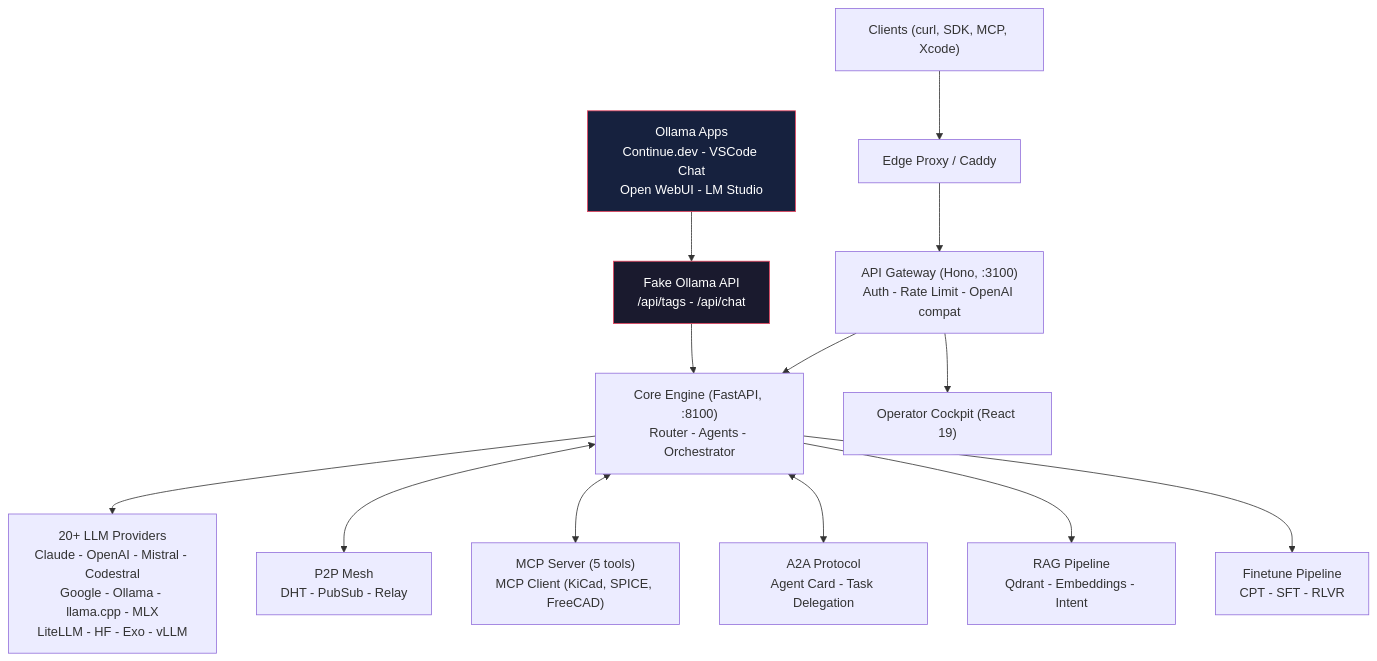
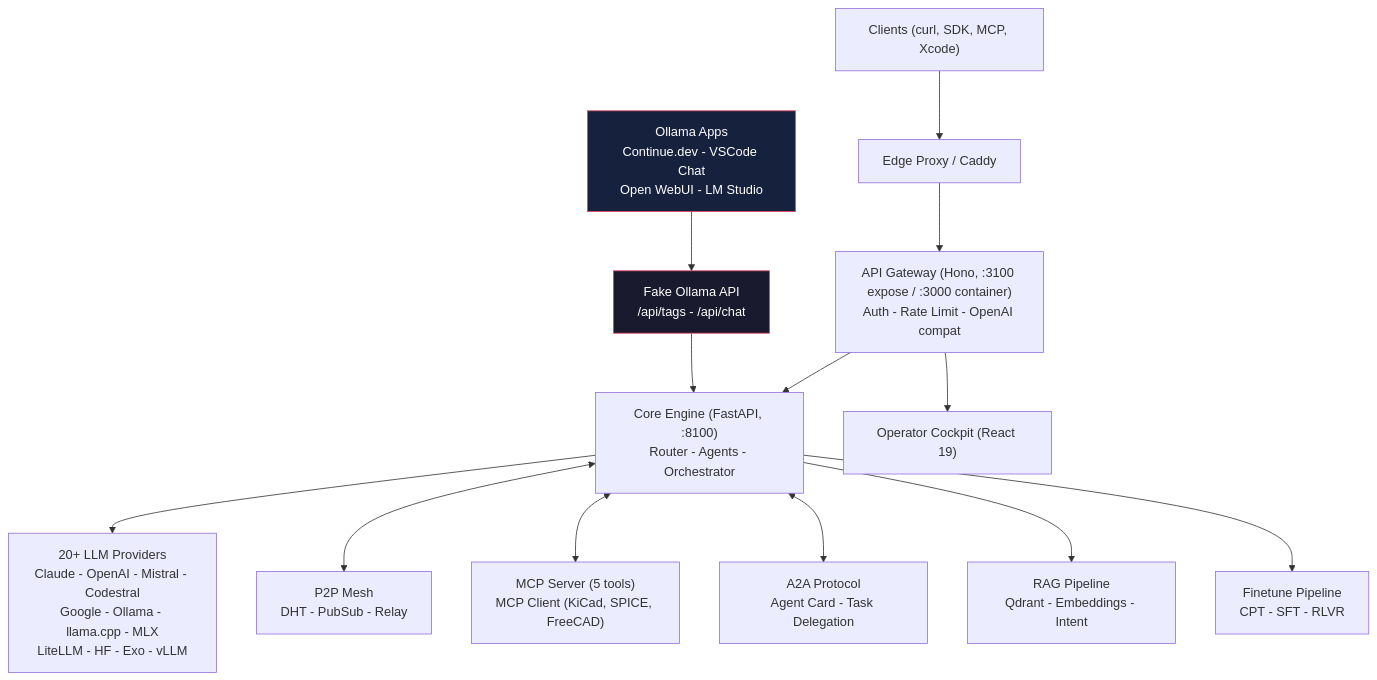
The diagram in README.md (electron-rare/mascarade), drawn with Mermaid before and after one commit. The commit also changed other lines of this file and 27 other files, not shown here.

````diff
--- a/README.md
+++ b/README.md
@@ -16,19 +16,19 @@
 ```mermaid
 graph TD
     Client["Clients (curl, SDK, MCP, Xcode)"] --> Proxy["Edge Proxy / Caddy"]
-    Proxy --> API["API Gateway (Hono, :3100)\nAuth - Rate Limit - OpenAI compat"]
+    Proxy --> API["API Gateway (Hono, :3100 expose / :3000 container)\nAuth - Rate Limit - OpenAI compat"]
     API --> Core["Core Engine (FastAPI, :8100)\nRouter - Agents - Orchestrator"]
     Core --> Providers["20+ LLM Providers\nClaude - OpenAI - Mistral - Codestral\nGoogle - Ollama - llama.cpp - MLX\nLiteLLM - HF - Exo - vLLM"]
     Core <--> P2P["P2P Mesh\nDHT - PubSub - Relay"]
     Core <--> MCP["MCP Server (5 tools)\nMCP Client (KiCad, SPICE, FreeCAD)"]
     Core <--> A2A["A2A Protocol\nAgent Card - Task Delegation"]
     Core --> RAG["RAG Pipeline\nQdrant - Embeddings - Intent"]
     Core --> Finetune["Finetune Pipeline\nCPT - SFT - RLVR"]
     API --> Web["Operator Cockpit (React 19)"]
 
     OllamaApps["Ollama Apps\nContinue.dev - VSCode Chat\nOpen WebUI - LM Studio"] --> FakeOllama
     FakeOllama["Fake Ollama API\n/api/tags - /api/chat"] --> Core
 
     style FakeOllama fill:#1a1a2e,stroke:#e94560,color:#fff
     style OllamaApps fill:#16213e,stroke:#e94560,color:#fff
 ```
````
